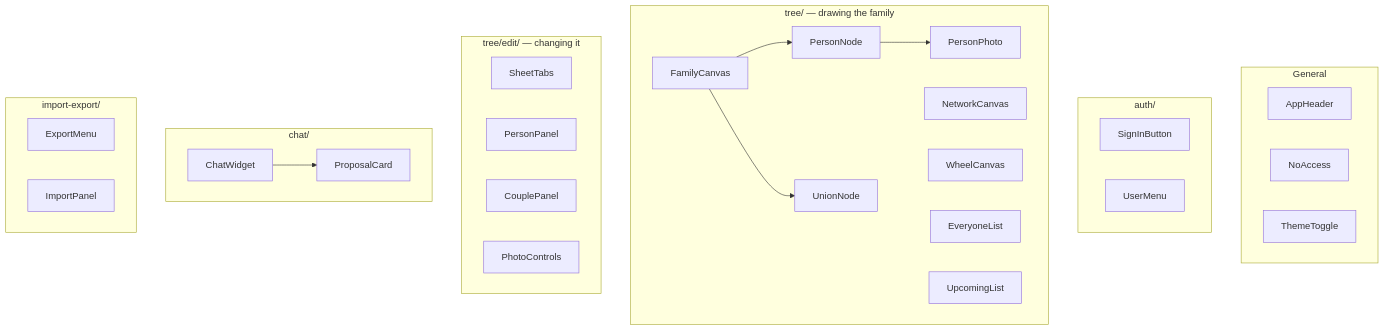
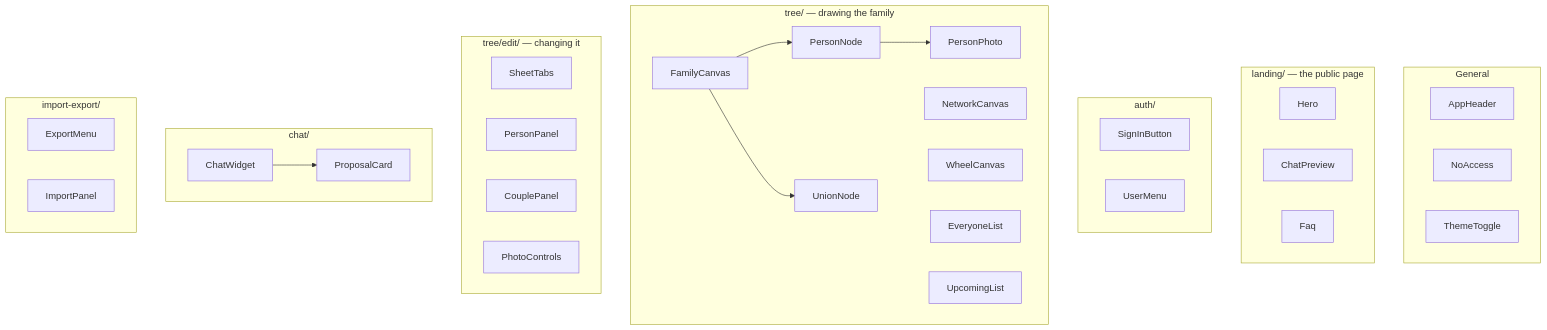
The tenth of 21 diagrams in docs/PROJECT_GUIDE.md (harikiranvusirikala/Family-Tree-with-AI), drawn with Mermaid before and after one commit. The commit also changed other lines of this file and 48 other files, not shown here.

````diff
--- a/docs/PROJECT_GUIDE.md
+++ b/docs/PROJECT_GUIDE.md
@@ -335,24 +344,27 @@
 ```mermaid
 flowchart TB
     subgraph general["General"]
         AppHeader; NoAccess; ThemeToggle
+    end
+    subgraph landing["landing/ — the public page"]
+        Hero; ChatPreview; Faq
     end
     subgraph auth["auth/"]
         SignInButton; UserMenu
     end
     subgraph tree["tree/ — drawing the family"]
         FamilyCanvas --> PersonNode
         FamilyCanvas --> UnionNode
         PersonNode --> PersonPhoto
         NetworkCanvas; WheelCanvas; EveryoneList; UpcomingList
     end
     subgraph edit["tree/edit/ — changing it"]
         SheetTabs; PersonPanel; CouplePanel; PhotoControls
     end
     subgraph chat["chat/"]
         ChatWidget --> ProposalCard
     end
     subgraph io["import-export/"]
         ExportMenu; ImportPanel
     end
 ```
````
